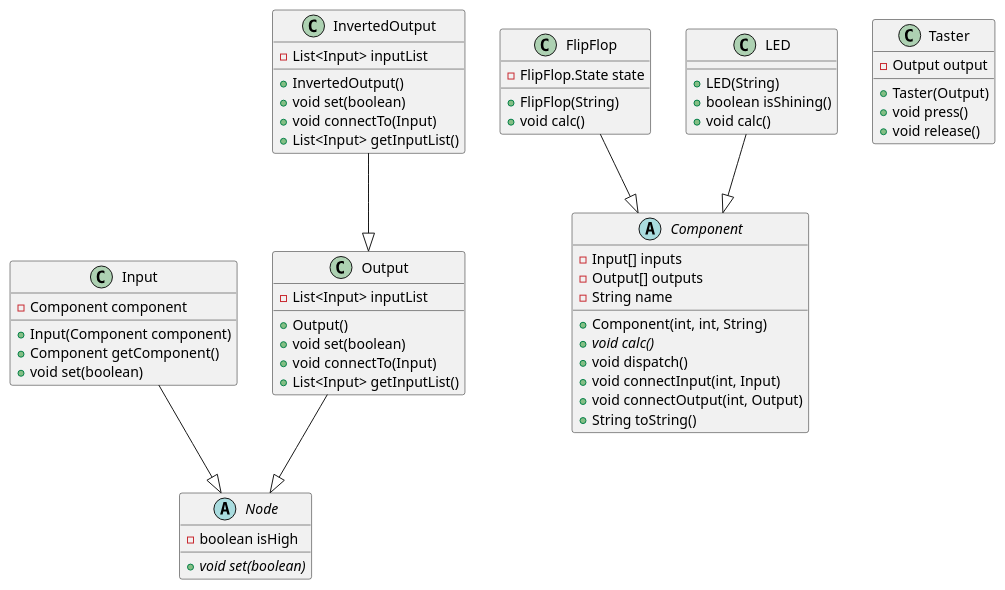
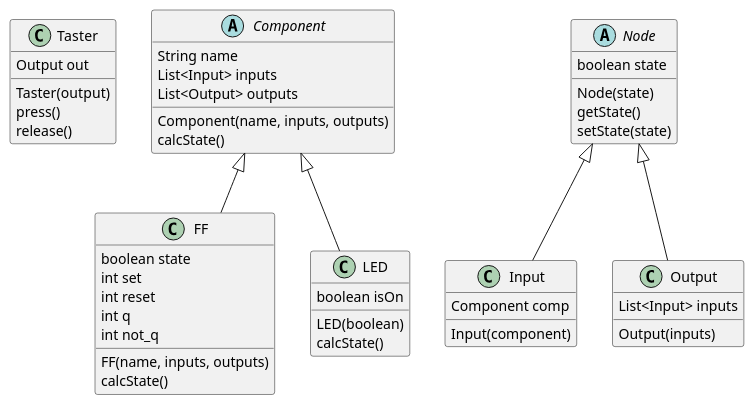
One commit to DavidAngerer/2324_9174_sew5 changed the diagram in Flipflop.puml. Above: the diagram before and after it, drawn with PlantUML. The commit also changed 3 other files, not shown here.

```diff
--- a/Flipflop.puml
+++ b/Flipflop.puml
@@ -1,68 +1,56 @@
 @startuml
 
-abstract class Node {
-    - boolean isHigh
-    + {abstract} void set(boolean)
+class Taster{
+Output out
+Taster(output)
+press()
+release()
 }
 
-class Input {
-    - Component component
-    + Input(Component component)
-    + Component getComponent()
-    + void set(boolean)
-}
-Input --|> Node
-
-class Output {
-    - List<Input> inputList
-    + Output()
-    + void set(boolean)
-    + void connectTo(Input)
-    + List<Input> getInputList()
-}
-Output --|> Node
-
-class InvertedOutput {
-    - List<Input> inputList
-    + InvertedOutput()
-    + void set(boolean)
-    + void connectTo(Input)
-    + List<Input> getInputList()
-}
-InvertedOutput --|> Output
-
 abstract class Component {
-    - Input[] inputs
-    - Output[] outputs
-    - String name
-    + Component(int, int, String)
-    + {abstract} void calc()
-    + void dispatch()
-    + void connectInput(int, Input)
-    + void connectOutput(int, Output)
-    + String toString()
+String name
+List<Input> inputs
+List<Output> outputs
+Component(name, inputs, outputs)
+calcState()
 }
 
-class Taster {
-    - Output output
-    + Taster(Output)
-    + void press()
-    + void release()
+class Input{
+Component comp
+Input(component)
 }
 
-class FlipFlop {
-    - FlipFlop.State state
-    + FlipFlop(String)
-    + void calc()
+abstract class Node{
+boolean state
+Node(state)
+getState()
+setState(state)
 }
-FlipFlop --|> Component
 
+class Output{
+List<Input> inputs
+Output(inputs)
+}
 
-class LED {
-    + LED(String)
-    + boolean isShining()
-    + void calc()
+class FF{
+boolean state
+int set
+int reset
+int q
+int not_q
+FF(name, inputs, outputs)
+calcState()
 }
-LED --|> Component
+
+class LED{
+boolean isOn
+LED(boolean)
+calcState()
+}
+
+Component <|-- LED
+Component <|-- FF
+Node <|-- Output
+Node <|-- Input
 
 @enduml
```
